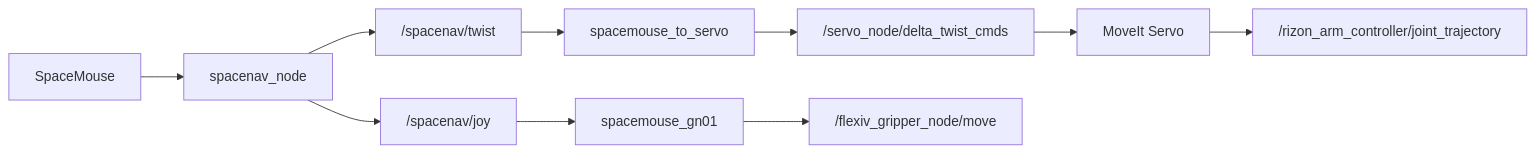
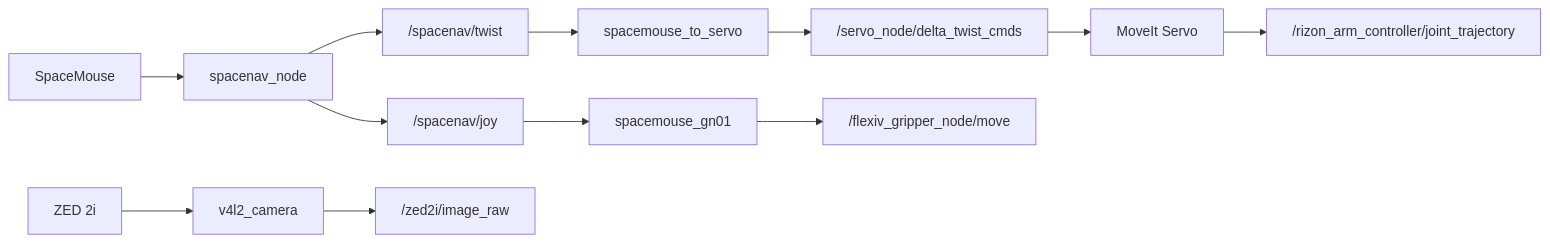
Before and after one commit to ZihaoLu001/flexiv-spacemouse-teleop: the diagram in README.md, drawn with Mermaid. The commit also changed other lines of this file and 16 other files, not shown here.

Commit message:
Add ZED RGB camera support

````diff
--- a/README.md
+++ b/README.md
@@ -100,12 +113,14 @@
 ```mermaid
 flowchart LR
   sm["SpaceMouse"] --> spn["spacenav_node"]
   spn --> twist["/spacenav/twist"]
   spn --> joy["/spacenav/joy"]
   twist --> bridge["spacemouse_to_servo"]
   bridge --> servoTopic["/servo_node/delta_twist_cmds"]
   servoTopic --> servo["MoveIt Servo"]
   servo --> traj["/rizon_arm_controller/joint_trajectory"]
   joy --> grip["spacemouse_gn01"]
   grip --> action["/flexiv_gripper_node/move"]
+  zed["ZED 2i"] --> cam["v4l2_camera"]
+  cam --> image["/zed2i/image_raw"]
 ```
````
